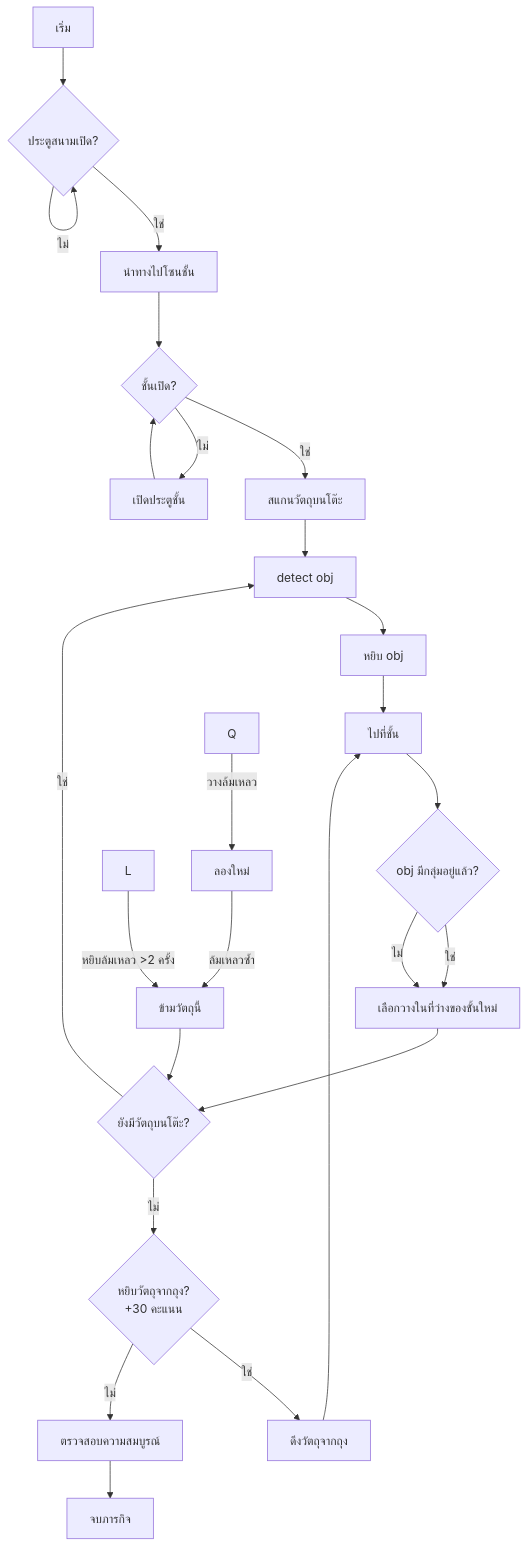
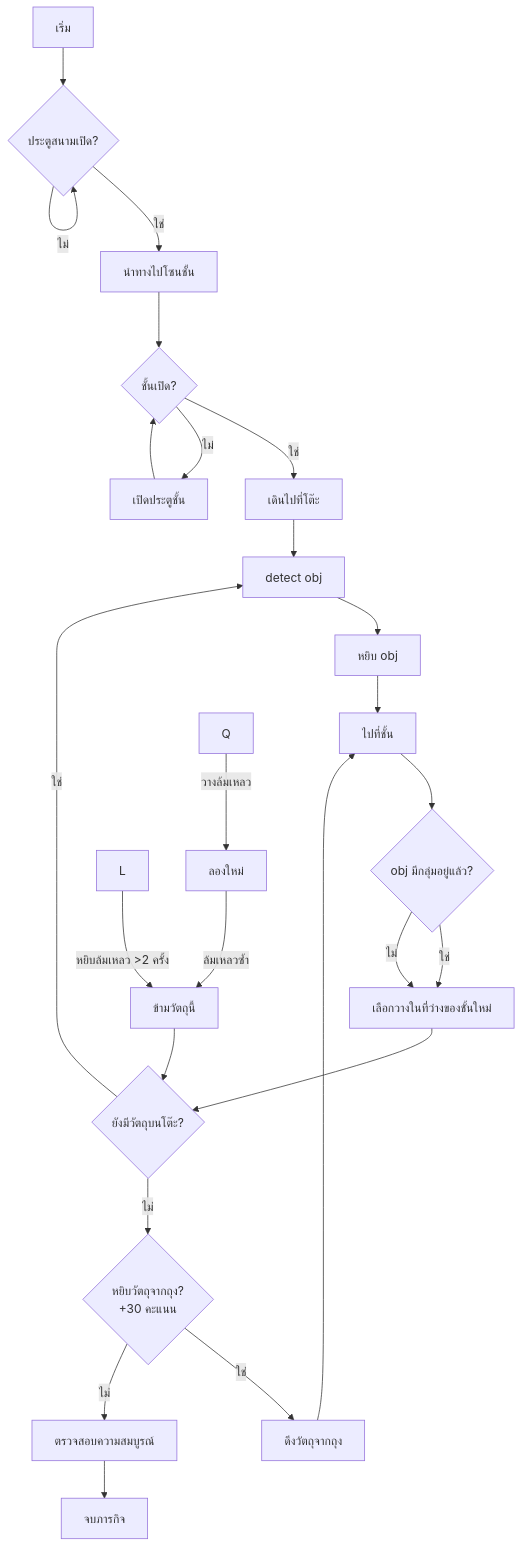
The diagram in StoringGroceries.md (NapatzZ/state-robocup), drawn with Mermaid before and after one commit.

````diff
--- a/StoringGroceries.md
+++ b/StoringGroceries.md
@@ -1,35 +1,35 @@
 ```mermaid
 flowchart TD
     A[เริ่ม] --> B{ประตูสนามเปิด?}
     B -->|ใช่| C[นำทางไปโซนชั้น]
     B -->|ไม่| B
     
     C --> D{ชั้นเปิด?}
-    D -->|ใช่| E[สแกนวัตถุบนโต๊ะ]
+    D -->|ใช่| E[เดินไปที่โต๊ะ]
     D -->|ไม่| F[เปิดประตูชั้น]
     F --> D
     
     E --> G[detect obj]
     G --> PP[หยิบ obj]
     PP --> H[ไปที่ชั้น]
     H --> I{obj มีกลุ่มอยู่แล้ว?}
     I -->|ใช่| U[วางในชั้นที่มีกลุ่ม]
     I -->|ไม่| U[เลือกวางในที่ว่างของชั้นใหม่]
     
     
     U --> V{ยังมีวัตถุบนโต๊ะ?}
     V -->|ใช่| G
     V -->|ไม่| W{หยิบวัตถุจากถุง? \n +30 คะแนน}
     
     W -->|ใช่| X[ดึงวัตถุจากถุง]
     X --> H
     W -->|ไม่| Y[ตรวจสอบความสมบูรณ์]
     
     Y --> Z[จบภารกิจ]
     
     %% Error handling
     L -->|หยิบล้มเหลว >2 ครั้ง| L1[ข้ามวัตถุนี้]
     L1 --> V
     Q -->|วางล้มเหลว| Q1[ลองใหม่]
     Q1 -->|ล้มเหลวซ้ำ| L1
 ```
````
